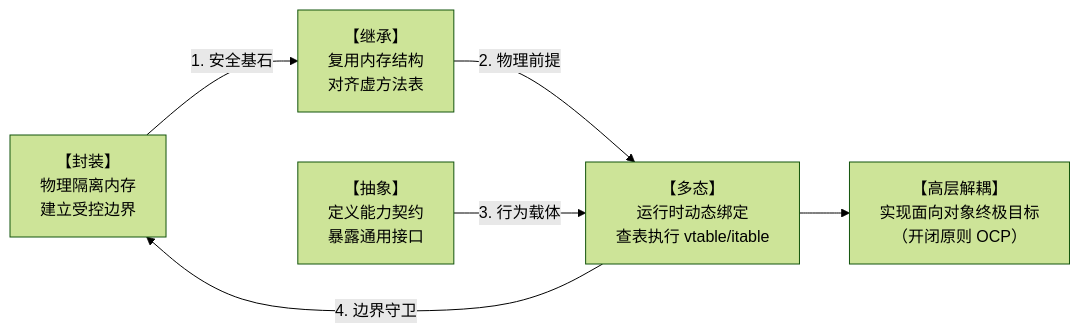
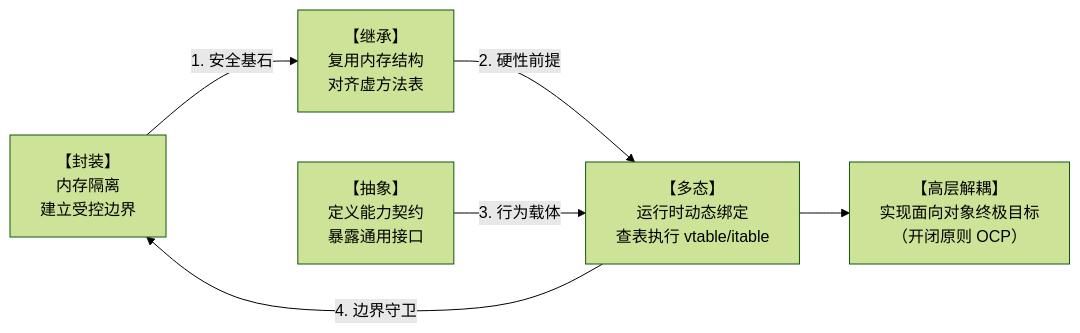
Before and after one commit to b1tzer/b1tzer.github.io: the fourth of 4 diagrams in docs/01-java-basic/01-面向对象（OOP）：从内存边界到虚方法表的物理透视.md, drawn with Mermaid (forest theme). The commit also changed other lines of this file and 22 other files, not shown here.

````diff
--- a/docs/01-java-basic/01-面向对象（OOP）：从内存边界到虚方法表的物理透视.md
+++ b/docs/01-java-basic/01-面向对象（OOP）：从内存边界到虚方法表的物理透视.md
@@ -732,19 +732,19 @@
 ```mermaid
 flowchart LR
     封装["【封装】
-        物理隔离内存
+        内存隔离
         建立受控边界"] -->|"1. 安全基石"| 继承
     继承["【继承】
         复用内存结构
-        对齐虚方法表"] -->|"2. 物理前提"| 多态
+        对齐虚方法表"] -->|"2. 硬性前提"| 多态
     抽象["【抽象】
         定义能力契约
         暴露通用接口"] -->|"3. 行为载体"| 多态
     多态["【多态】
         运行时动态绑定
         查表执行 vtable/itable"] -->|"4. 边界守卫"| 封装
 
     多态 --> 解耦["【高层解耦】
         实现面向对象终极目标
         （开闭原则 OCP）"]
 ```
````
